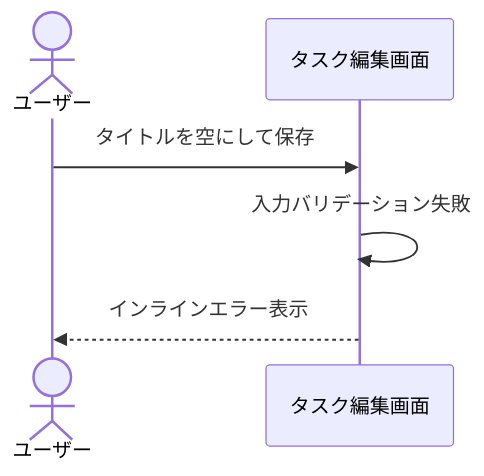
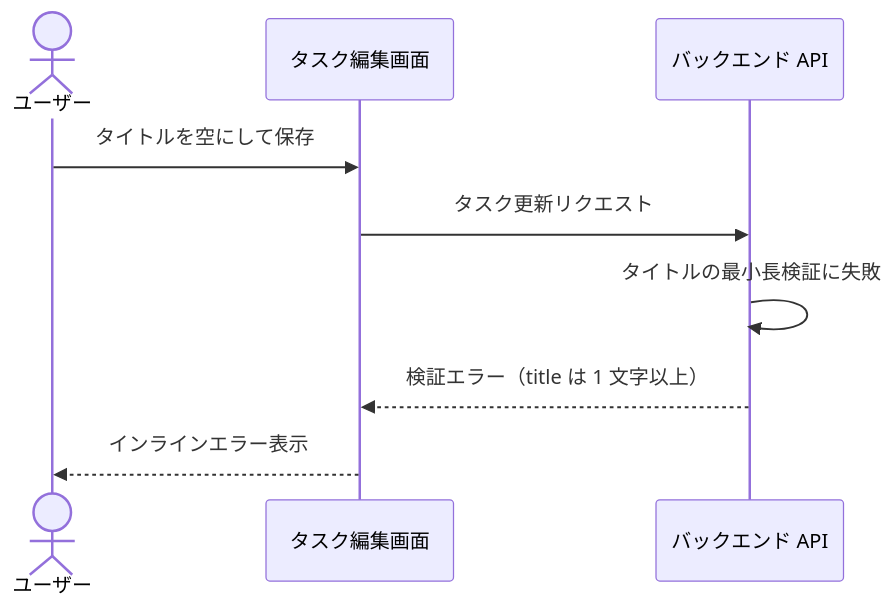
Before and after one commit to shuhei1101/ai-monitor-e2e: the second of 2 diagrams in docs/wiki/設計図/シナリオ/単一ユースケース/タスク編集.md, drawn with Mermaid.

Commit message:
タスク編集単一シナリオの異常フロー図をバックエンド検証の経路に修正

````diff
--- a/docs/wiki/設計図/シナリオ/単一ユースケース/タスク編集.md
+++ b/docs/wiki/設計図/シナリオ/単一ユースケース/タスク編集.md
@@ -47,9 +47,12 @@
 ```mermaid
 sequenceDiagram
   actor U as ユーザー
   participant FE as タスク編集画面
+  participant BE as バックエンド API
 
   U->>FE: タイトルを空にして保存
-  FE->>FE: 入力バリデーション失敗
+  FE->>BE: タスク更新リクエスト
+  BE->>BE: タイトルの最小長検証に失敗
+  BE-->>FE: 検証エラー（title は 1 文字以上）
   FE-->>U: インラインエラー表示
 ```
````
